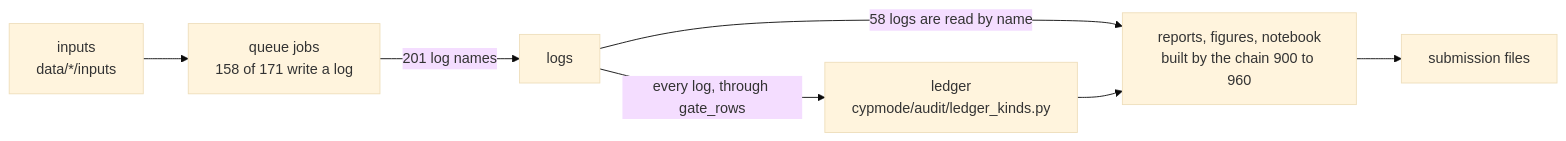
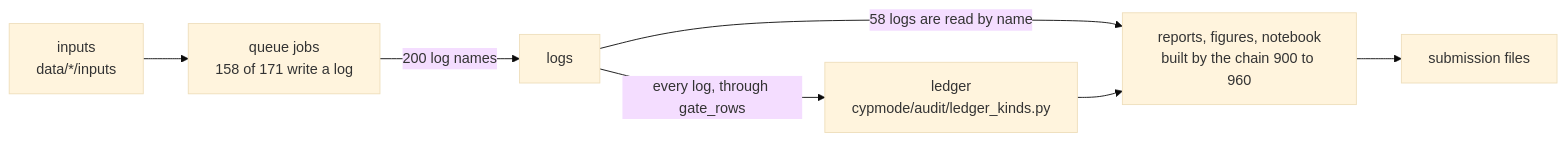
One commit to mohamedtalaat-gif/CYPMode changed the diagram in docs/map/dataflow.md. Above: the diagram before and after it, drawn with Mermaid (base theme). The commit also changed other lines of this file and 13 other files, not shown here.

````diff
--- a/docs/map/dataflow.md
+++ b/docs/map/dataflow.md
@@ -5,9 +5,9 @@
 ```mermaid
 flowchart LR
   inputs["inputs<br/>data/*/inputs"] --> jobs
-  jobs["queue jobs<br/>158 of 171 write a log"] -->|"201 log names"| logs["logs"]
+  jobs["queue jobs<br/>158 of 171 write a log"] -->|"200 log names"| logs["logs"]
   logs -->|"every log, through gate_rows"| ledger["ledger<br/>cypmode/audit/ledger_kinds.py"]
   logs -->|"58 logs are read by name"| reports
   ledger --> reports["reports, figures, notebook<br/>built by the chain 900 to 960"]
   reports --> submissions["submission files"]
 ```
````
